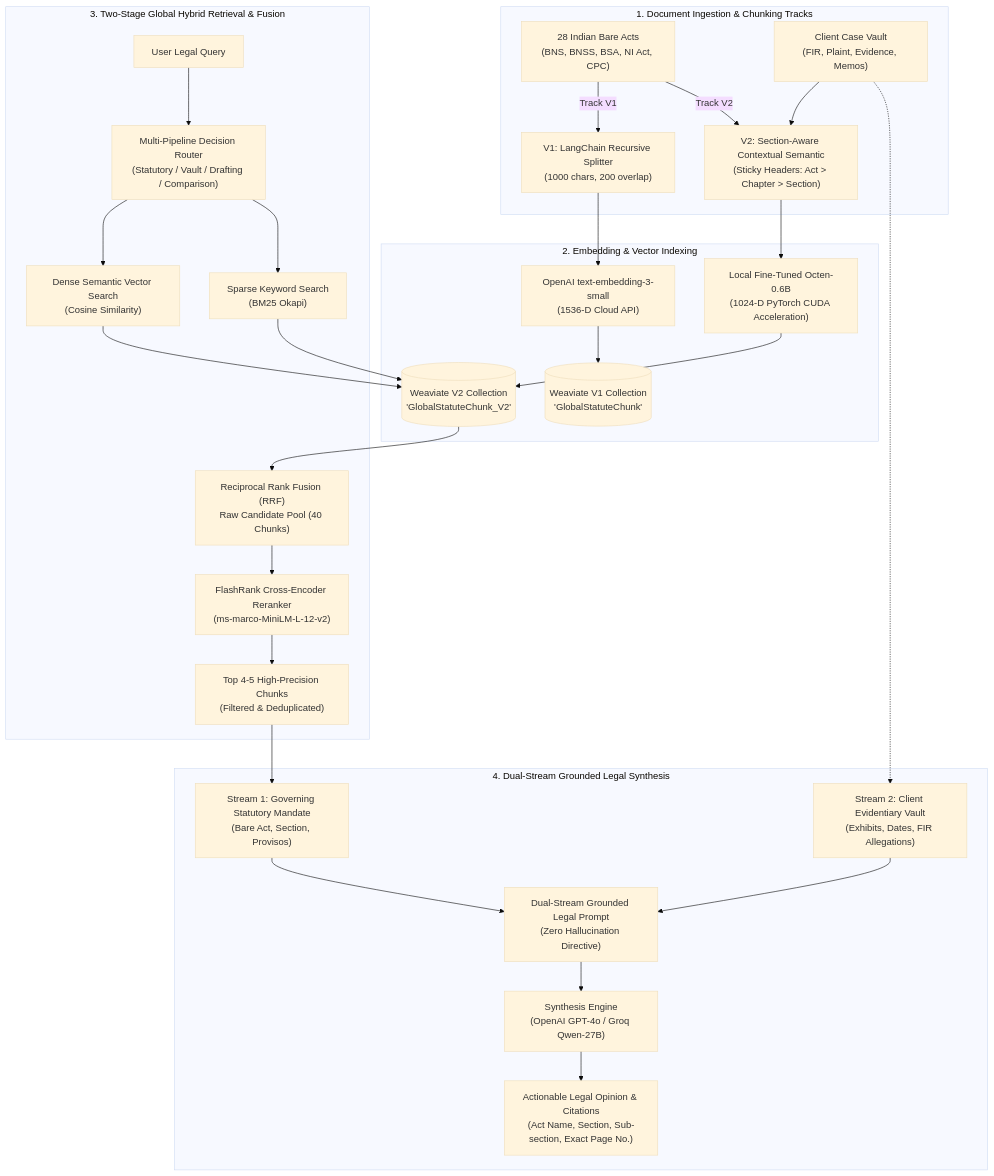
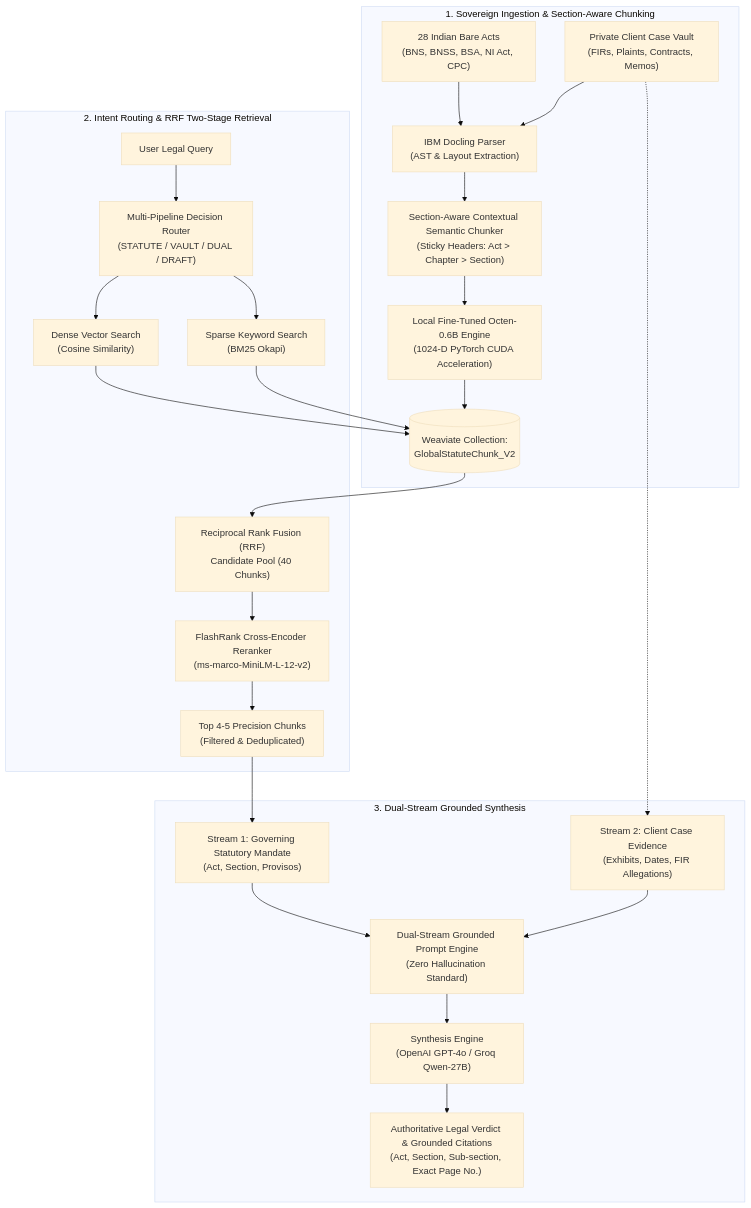
One commit to JaywardhanYadav/LegalDrishti-AI changed the second of 2 diagrams in README.md. Above: the diagram before and after it, drawn with Mermaid (base theme). The commit also changed other lines of this file, not shown here.

Commit message:
docs: separate Version 1 and Version 2 architecture descriptions and diagrams

````diff
--- a/README.md
+++ b/README.md
@@ -25,44 +71,39 @@
 ```mermaid
 flowchart TD
-    subgraph INGESTION["1. Document Ingestion & Chunking Tracks"]
-        RAW_STATUTES["28 Indian Bare Acts\n(BNS, BNSS, BSA, NI Act, CPC)"]
-        VAULT_DOCS["Client Case Vault\n(FIR, Plaint, Evidence, Memos)"]
+    subgraph INGEST_V2["1. Sovereign Ingestion & Section-Aware Chunking"]
+        STATUTES_V2["28 Indian Bare Acts\n(BNS, BNSS, BSA, NI Act, CPC)"]
+        VAULT_V2["Private Client Case Vault\n(FIRs, Plaints, Contracts, Memos)"]
 
-        RAW_STATUTES -->|Track V1| V1_CHUNK["V1: LangChain Recursive Splitter\n(1000 chars, 200 overlap)"]
-        RAW_STATUTES -->|Track V2| V2_CHUNK["V2: Section-Aware Contextual Semantic\n(Sticky Headers: Act > Chapter > Section)"]
-        VAULT_DOCS --> V2_CHUNK
+        STATUTES_V2 --> DOCLING["IBM Docling Parser\n(AST & Layout Extraction)"]
+        VAULT_V2 --> DOCLING
+        
+        DOCLING --> CHUNKER_V2["Section-Aware Contextual Semantic Chunker\n(Sticky Headers: Act > Chapter > Section)"]
+        CHUNKER_V2 --> EMBED_V2["Local Fine-Tuned Octen-0.6B Engine\n(1024-D PyTorch CUDA Acceleration)"]
+        EMBED_V2 --> WEAVIATE_V2[("Weaviate Collection:\nGlobalStatuteChunk_V2")]
     end
 
-    subgraph EMBEDDINGS["2. Embedding & Vector Indexing"]
-        V1_CHUNK --> V1_EMBED["OpenAI text-embedding-3-small\n(1536-D Cloud API)"]
-        V2_CHUNK --> V2_EMBED["Local Fine-Tuned Octen-0.6B\n(1024-D PyTorch CUDA Acceleration)"]
-
-        V1_EMBED --> W_V1[("Weaviate V1 Collection\n'GlobalStatuteChunk'")]
-        V2_EMBED --> W_V2[("Weaviate V2 Collection\n'GlobalStatuteChunk_V2'")]
+    subgraph RETRIEVE_V2["2. Intent Routing & RRF Two-Stage Retrieval"]
+        QUERY_V2["User Legal Query"] --> ROUTER_V2["Multi-Pipeline Decision Router\n(STATUTE / VAULT / DUAL / DRAFT)"]
+        
+        ROUTER_V2 --> DENSE_V2["Dense Vector Search\n(Cosine Similarity)"]
+        ROUTER_V2 --> BM25_V2["Sparse Keyword Search\n(BM25 Okapi)"]
+        
+        DENSE_V2 --> WEAVIATE_V2
+        BM25_V2 --> WEAVIATE_V2
+        
+        WEAVIATE_V2 --> RRF_V2["Reciprocal Rank Fusion (RRF)\nCandidate Pool (40 Chunks)"]
+        RRF_V2 --> FLASHRANK_V2["FlashRank Cross-Encoder Reranker\n(ms-marco-MiniLM-L-12-v2)"]
+        FLASHRANK_V2 --> TOP_V2["Top 4-5 Precision Chunks\n(Filtered & Deduplicated)"]
     end
 
-    subgraph RETRIEVAL["3. Two-Stage Global Hybrid Retrieval & Fusion"]
-        USER_QUERY["User Legal Query"] --> DECISION_ROUTER["Multi-Pipeline Decision Router\n(Statutory / Vault / Drafting / Comparison)"]
+    subgraph GEN_V2["3. Dual-Stream Grounded Synthesis"]
+        TOP_V2 --> STREAM1_V2["Stream 1: Governing Statutory Mandate\n(Act, Section, Provisos)"]
+        VAULT_V2 -.-> STREAM2_V2["Stream 2: Client Case Evidence\n(Exhibits, Dates, FIR Allegations)"]
         
-        DECISION_ROUTER --> DENSE_SEARCH["Dense Semantic Vector Search\n(Cosine Similarity)"]
-        DECISION_ROUTER --> SPARSE_SEARCH["Sparse Keyword Search\n(BM25 Okapi)"]
+        STREAM1_V2 --> PROMPT_V2["Dual-Stream Grounded Prompt Engine\n(Zero Hallucination Standard)"]
+        STREAM2_V2 --> PROMPT_V2
         
-        DENSE_SEARCH --> W_V2
-        SPARSE_SEARCH --> W_V2
-
-        W_V2 --> RRF["Reciprocal Rank Fusion (RRF)\nRaw Candidate Pool (40 Chunks)"]
-        RRF --> RERANKER["FlashRank Cross-Encoder Reranker\n(ms-marco-MiniLM-L-12-v2)"]
-        RERANKER --> TOP_CHUNKS["Top 4-5 High-Precision Chunks\n(Filtered & Deduplicated)"]
-    end
-
-    subgraph GENERATION["4. Dual-Stream Grounded Legal Synthesis"]
-        TOP_CHUNKS --> STREAM1["Stream 1: Governing Statutory Mandate\n(Bare Act, Section, Provisos)"]
-        VAULT_DOCS -.-> STREAM2["Stream 2: Client Evidentiary Vault\n(Exhibits, Dates, FIR Allegations)"]
-        
-        STREAM1 --> PROMPT_ENGINE["Dual-Stream Grounded Legal Prompt\n(Zero Hallucination Directive)"]
-        STREAM2 --> PROMPT_ENGINE
-        
-        PROMPT_ENGINE --> LLM_ENGINE["Synthesis Engine\n(OpenAI GPT-4o / Groq Qwen-27B)"]
-        LLM_ENGINE --> FINAL_OUTPUT["Actionable Legal Opinion & Citations\n(Act Name, Section, Sub-section, Exact Page No.)"]
+        PROMPT_V2 --> SYNTHESIS_V2["Synthesis Engine\n(OpenAI GPT-4o / Groq Qwen-27B)"]
+        SYNTHESIS_V2 --> FINAL_V2["Authoritative Legal Verdict & Grounded Citations\n(Act, Section, Sub-section, Exact Page No.)"]
     end
 ```
````
